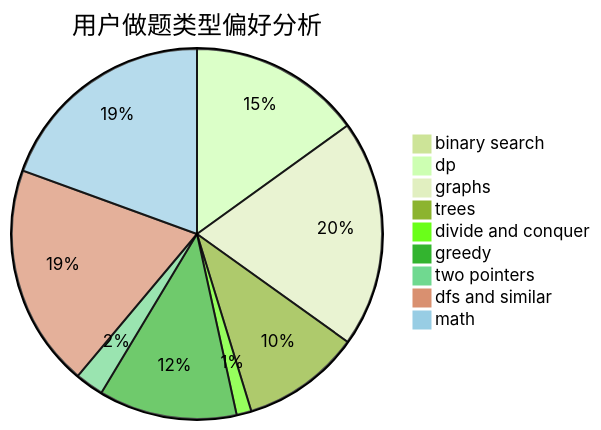
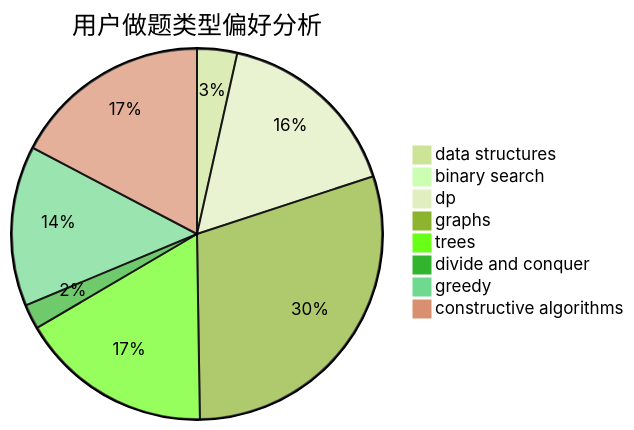
The second of 3 diagrams in docs/user/u2060.md (sherpahu/cfrs.github.io), drawn with Mermaid (forest theme) before and after one commit. The commit also changed other lines of this file and 2775 other files, not shown here.

````diff
--- a/docs/user/u2060.md
+++ b/docs/user/u2060.md
@@ -23,12 +23,11 @@
 ```mermaid
 pie title 用户做题类型偏好分析
+    "data structures" :  21
     "binary search" :  0
-    "dp" :  151
-    "graphs" :  199
-    "trees" :  104
+    "dp" :  99
+    "graphs" :  179
+    "trees" :  101
     "divide and conquer" :  13
-    "greedy" :  121
-    "two pointers" :  25
-    "dfs and similar" :  195
-    "math" :  195
+    "greedy" :  84
+    "constructive algorithms" :  104
 ```
````
